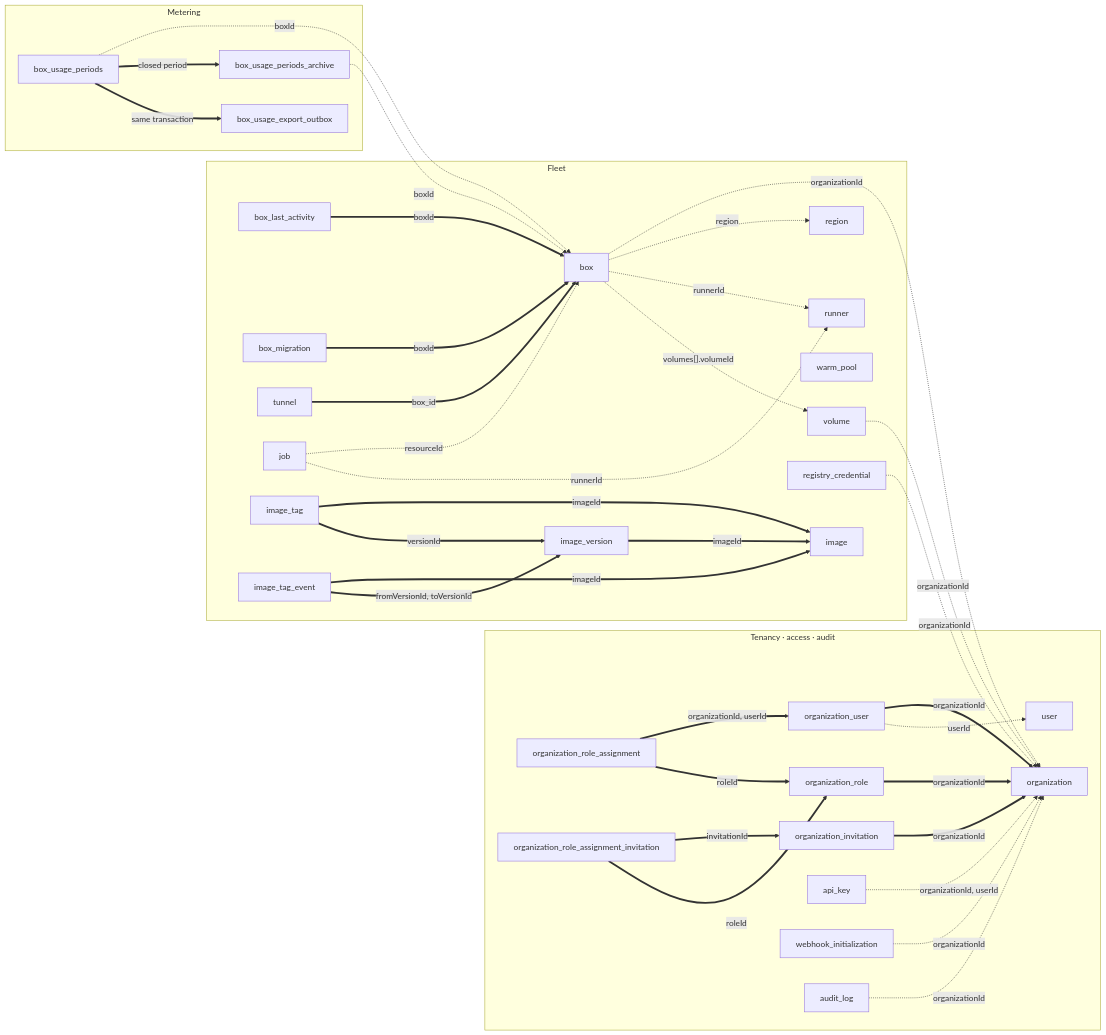
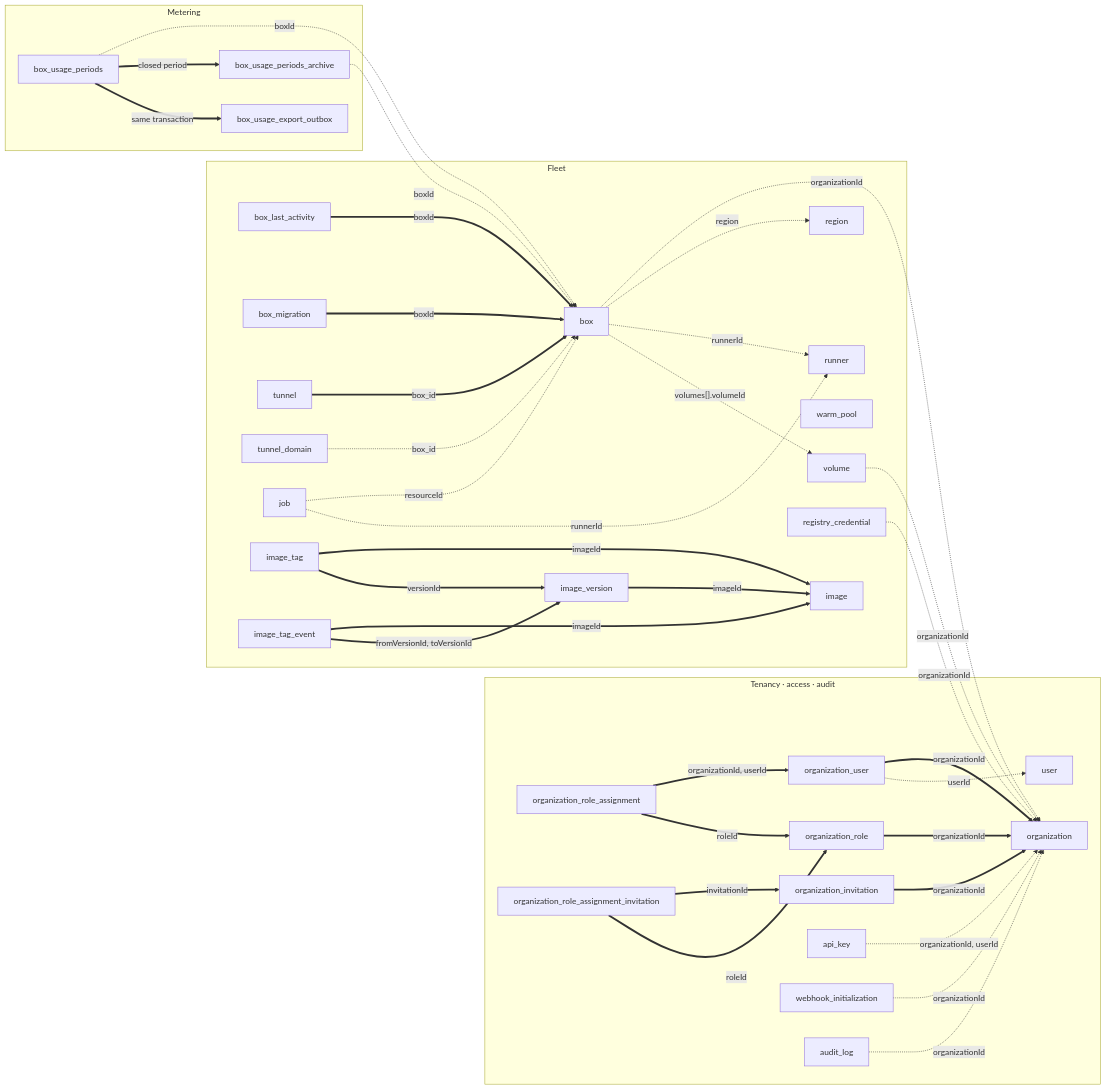
The diagram in apps/SCHEMA.md (boxlite-ai/boxlite), drawn with Mermaid before and after one commit. The commit also changed other lines of this file and 89 other files, not shown here.

````diff
--- a/apps/SCHEMA.md
+++ b/apps/SCHEMA.md
@@ -34,71 +34,73 @@
 ```mermaid
 flowchart LR
     subgraph tenancy["Tenancy · access · audit"]
         t_org["organization"]
         t_orguser["organization_user"]
         t_role["organization_role"]
         t_invite["organization_invitation"]
         t_assign["organization_role_assignment"]
         t_assigninv["organization_role_assignment_invitation"]
         t_user["user"]
         t_apikey["api_key"]
         t_webhook["webhook_initialization"]
         t_audit["audit_log"]
     end
 
     subgraph fleet["Fleet"]
         t_box["box"]
         t_activity["box_last_activity"]
         t_migration["box_migration"]
         t_tunnel["tunnel"]
+        t_tunneldomain["tunnel_domain"]
         t_runner["runner"]
         t_region["region"]
         t_volume["volume"]
         t_job["job"]
         t_warm["warm_pool"]
         t_image["image"]
         t_imgver["image_version"]
         t_imgtag["image_tag"]
         t_imgevent["image_tag_event"]
         t_regcred["registry_credential"]
     end
 
     subgraph metering["Metering"]
         t_period["box_usage_periods"]
         t_archive["box_usage_periods_archive"]
         t_outbox["box_usage_export_outbox"]
     end
 
     t_orguser ==>|"organizationId"| t_org
     t_role ==>|"organizationId"| t_org
     t_invite ==>|"organizationId"| t_org
     t_assign ==>|"organizationId, userId"| t_orguser
     t_assign ==>|"roleId"| t_role
     t_assigninv ==>|"invitationId"| t_invite
     t_assigninv ==>|"roleId"| t_role
     t_activity ==>|"boxId"| t_box
     t_migration ==>|"boxId"| t_box
     t_tunnel ==>|"box_id"| t_box
+    t_tunneldomain -.->|"box_id"| t_box
     t_imgver ==>|"imageId"| t_image
     t_imgtag ==>|"imageId"| t_image
     t_imgtag ==>|"versionId"| t_imgver
     t_imgevent ==>|"imageId"| t_image
     t_imgevent ==>|"fromVersionId, toVersionId"| t_imgver
 
     t_orguser -.->|"userId"| t_user
     t_apikey -.->|"organizationId, userId"| t_org
     t_webhook -.->|"organizationId"| t_org
     t_audit -.->|"organizationId"| t_org
     t_box -.->|"organizationId"| t_org
     t_box -.->|"region"| t_region
     t_box -.->|"runnerId"| t_runner
     t_box -.->|"volumes[].volumeId"| t_volume
     t_volume -.->|"organizationId"| t_org
     t_regcred -.->|"organizationId"| t_org
     t_job -.->|"resourceId"| t_box
     t_job -.->|"runnerId"| t_runner
     t_period -.->|"boxId"| t_box
     t_archive -.->|"boxId"| t_box
     t_period ==>|"closed period"| t_archive
     t_period ==>|"same transaction"| t_outbox
 ```
````
